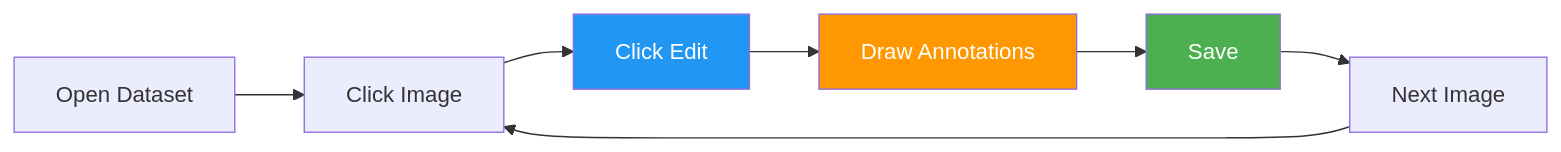
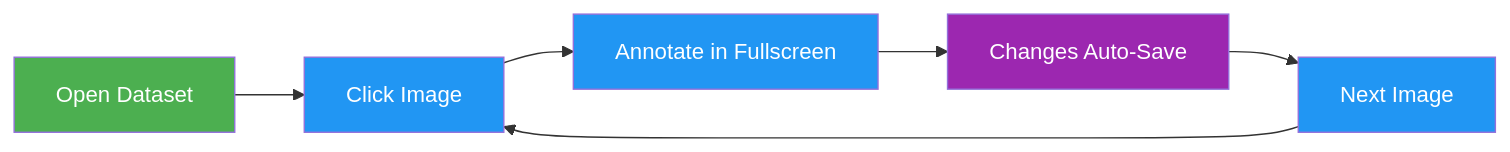
Before and after one commit to TEXTaiLES/AmalthAI: the second of 3 diagrams in Backend/ObjectDetection/ultralytics/docs/en/platform/data/annotation.md, drawn with Mermaid. The commit also changed other lines of this file and 943 other files, not shown here.

````diff
--- a/Backend/ObjectDetection/ultralytics/docs/en/platform/data/annotation.md
+++ b/Backend/ObjectDetection/ultralytics/docs/en/platform/data/annotation.md
@@ -106,13 +113,12 @@
 ```mermaid
 graph LR
-    A[Open Dataset] --> B[Click Image]
-    B --> C[Click Edit]
-    C --> D[Draw Annotations]
-    D --> E[Save]
-    E --> F[Next Image]
-    F --> B
+    A[Open Dataset]:::start --> B[Click Image]:::proc
+    B --> C[Annotate in Fullscreen]:::proc
+    C --> D[Changes Auto-Save]:::out
+    D --> E[Next Image]:::proc
+    E --> B
 
-    style C fill:#2196F3,color:#fff
-    style D fill:#FF9800,color:#fff
-    style E fill:#4CAF50,color:#fff
+    classDef start fill:#4CAF50,color:#fff
+    classDef proc fill:#2196F3,color:#fff
+    classDef out fill:#9C27B0,color:#fff
 ```
````
